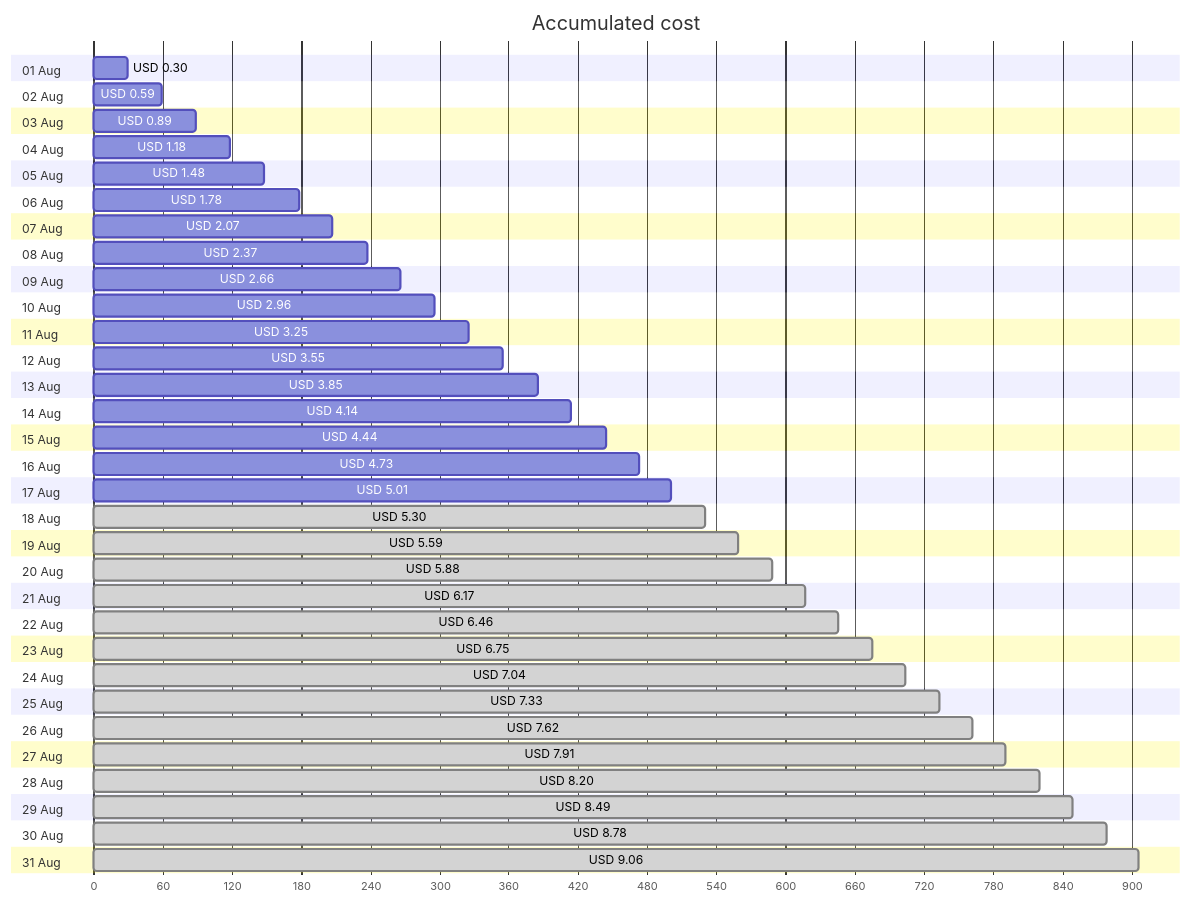
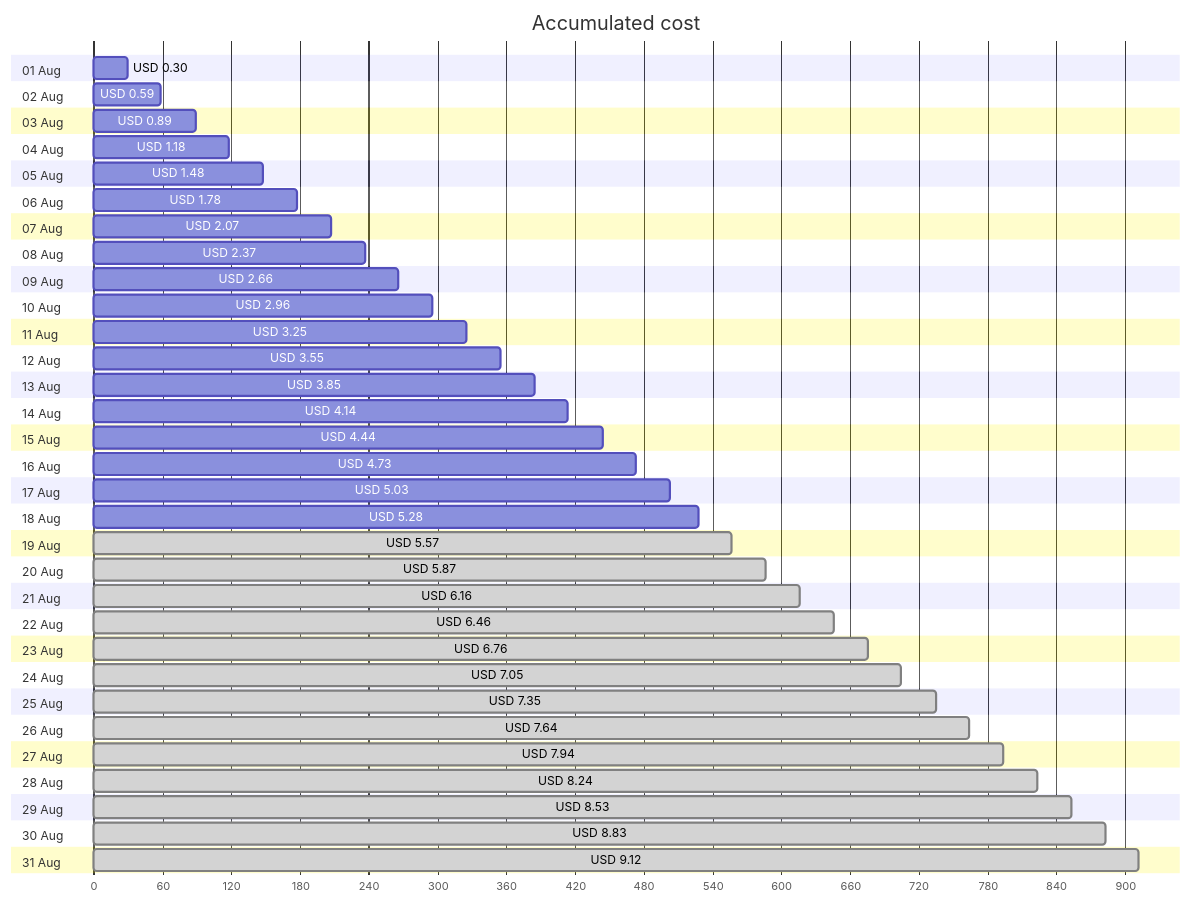
The first of 4 diagrams in cost-reports/personal-site/personal-site-preview.md (jpfulton/azure-personal-reports), drawn with Mermaid before and after one commit. The commit also changed other lines of this file and 6 other files, not shown here.

````diff
--- a/cost-reports/personal-site/personal-site-preview.md
+++ b/cost-reports/personal-site/personal-site-preview.md
@@ -20,68 +20,68 @@
 ```mermaid
 gantt
    title Accumulated cost
    dateFormat  X
    axisFormat %s
    section 01 Aug
    USD 0.30 :0, 30
    section 02 Aug
    USD 0.59 :0, 59
    section 03 Aug
    USD 0.89 :0, 89
    section 04 Aug
    USD 1.18 :0, 118
    section 05 Aug
    USD 1.48 :0, 148
    section 06 Aug
    USD 1.78 :0, 178
    section 07 Aug
    USD 2.07 :0, 207
    section 08 Aug
    USD 2.37 :0, 237
    section 09 Aug
    USD 2.66 :0, 266
    section 10 Aug
    USD 2.96 :0, 296
    section 11 Aug
    USD 3.25 :0, 325
    section 12 Aug
    USD 3.55 :0, 355
    section 13 Aug
    USD 3.85 :0, 385
    section 14 Aug
    USD 4.14 :0, 414
    section 15 Aug
    USD 4.44 :0, 444
    section 16 Aug
    USD 4.73 :0, 473
    section 17 Aug
-   USD 5.01 :0, 501
+   USD 5.03 :0, 503
    section 18 Aug
-   USD 5.30 : done, 0, 530
+   USD 5.28 :0, 528
    section 19 Aug
-   USD 5.59 : done, 0, 559
+   USD 5.57 : done, 0, 557
    section 20 Aug
-   USD 5.88 : done, 0, 588
+   USD 5.87 : done, 0, 587
    section 21 Aug
-   USD 6.17 : done, 0, 617
+   USD 6.16 : done, 0, 616
    section 22 Aug
    USD 6.46 : done, 0, 646
    section 23 Aug
-   USD 6.75 : done, 0, 675
+   USD 6.76 : done, 0, 676
    section 24 Aug
-   USD 7.04 : done, 0, 704
+   USD 7.05 : done, 0, 705
    section 25 Aug
-   USD 7.33 : done, 0, 733
+   USD 7.35 : done, 0, 735
    section 26 Aug
-   USD 7.62 : done, 0, 762
+   USD 7.64 : done, 0, 764
    section 27 Aug
-   USD 7.91 : done, 0, 791
+   USD 7.94 : done, 0, 794
    section 28 Aug
-   USD 8.20 : done, 0, 820
+   USD 8.24 : done, 0, 824
    section 29 Aug
-   USD 8.49 : done, 0, 849
+   USD 8.53 : done, 0, 853
    section 30 Aug
-   USD 8.78 : done, 0, 878
+   USD 8.83 : done, 0, 883
    section 31 Aug
-   USD 9.06 : done, 0, 906
+   USD 9.12 : done, 0, 912
 ```
````
